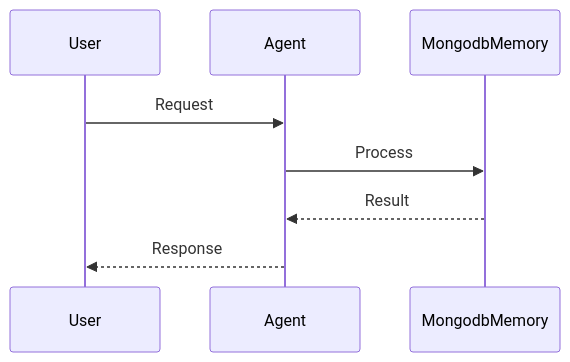
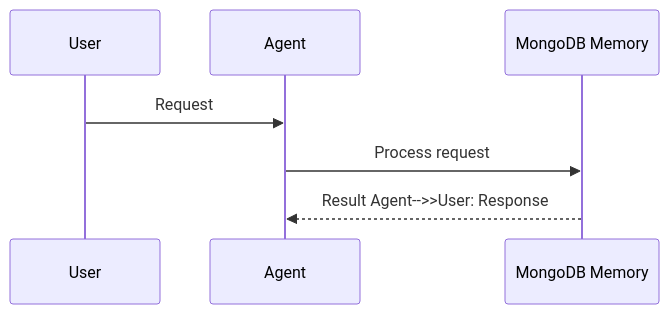
One commit to MervinPraison/PraisonAIDocs changed the second of 2 diagrams in docs/features/mongodb-memory.mdx. Above: the diagram before and after it, drawn with Mermaid. The commit also changed 204 other files, not shown here.

First line of the commit message:
docs: align feature/tool pages with AGENTS.md hero + sequence + import standards (fixes #1775)

````diff
--- a/docs/features/mongodb-memory.mdx
+++ b/docs/features/mongodb-memory.mdx
@@ -55,11 +55,10 @@
 ```mermaid
 sequenceDiagram
     participant User
     participant Agent
-    participant MongodbMemory
+    participant Feature as MongoDB Memory
 
     User->>Agent: Request
-    Agent->>MongodbMemory: Process
-    MongodbMemory-->>Agent: Result
-    Agent-->>User: Response
+    Agent->>Feature: Process request
+    Feature-->>Agent: Result    Agent-->>User: Response
 ```
````
